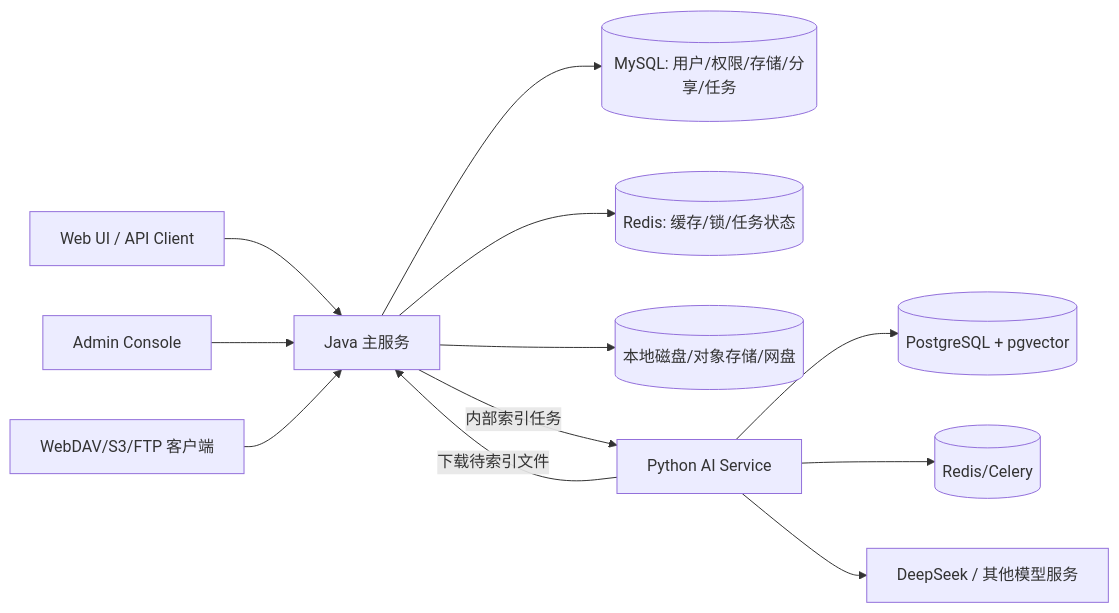
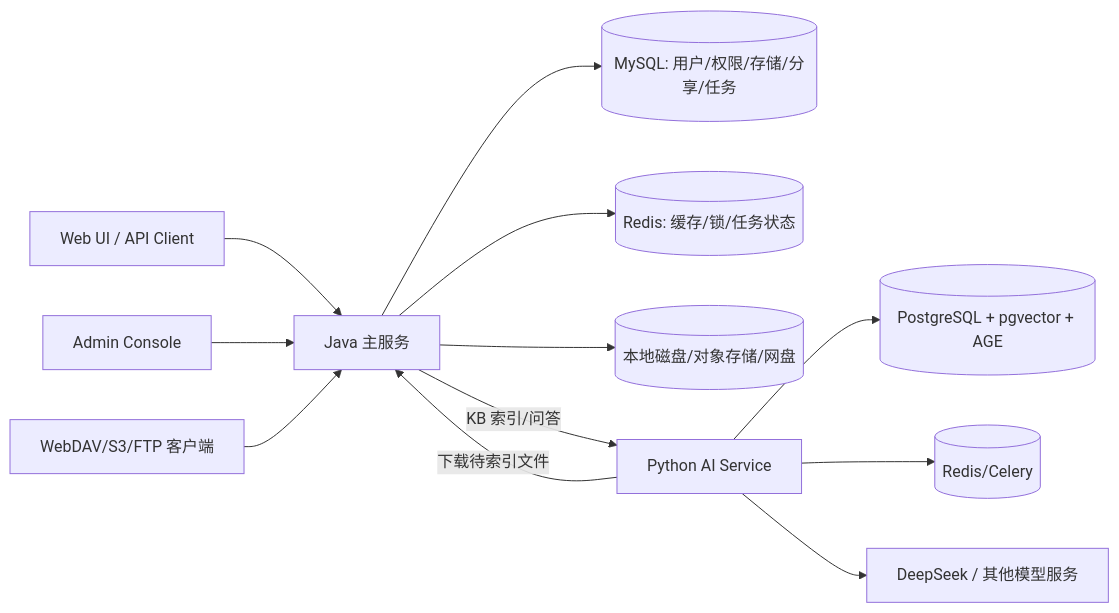
One commit to Asuka-zzt/AsukaFileList changed the first of 4 diagrams in docs/overview-design.md. Above: the diagram before and after it, drawn with Mermaid. The commit also changed other lines of this file and 5 other files, not shown here.

Commit message:
docs(ai): 完成 Graph RAG P9 文档同步

````diff
--- a/docs/overview-design.md
+++ b/docs/overview-design.md
@@ -59,16 +59,16 @@
 ```mermaid
 flowchart LR
     Web[Web UI / API Client] --> Java[Java 主服务]
     Admin[Admin Console] --> Java
     WebDav[WebDAV/S3/FTP 客户端] --> Java
 
     Java --> DB[(MySQL: 用户/权限/存储/分享/任务)]
     Java --> Cache[(Redis: 缓存/锁/任务状态)]
     Java --> Storage[(本地磁盘/对象存储/网盘)]
 
-    Java -->|内部索引任务| AI[Python AI Service]
-    AI --> PG[(PostgreSQL + pgvector)]
+    Java -->|KB 索引/问答| AI[Python AI Service]
+    AI --> PG[(PostgreSQL + pgvector + AGE)]
     AI --> Redis[(Redis/Celery)]
     AI --> LLM[DeepSeek / 其他模型服务]
     AI -->|下载待索引文件| Java
 ```
````
